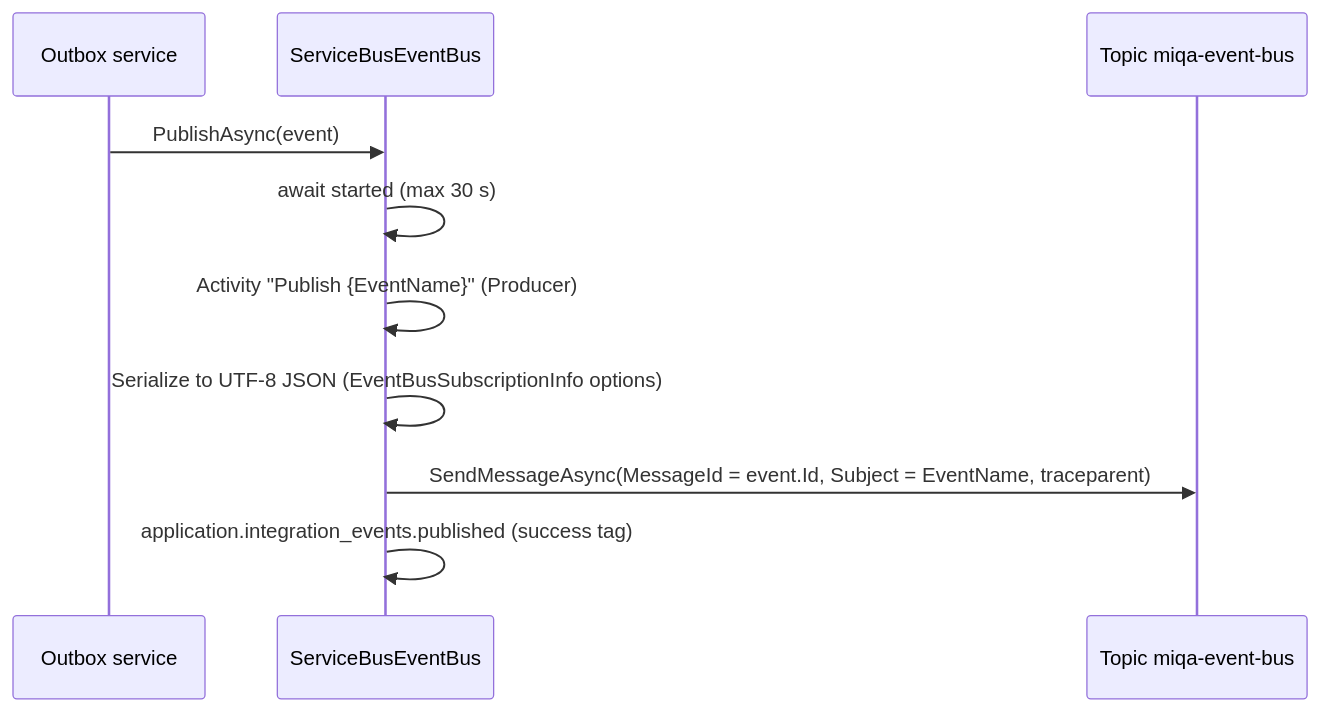
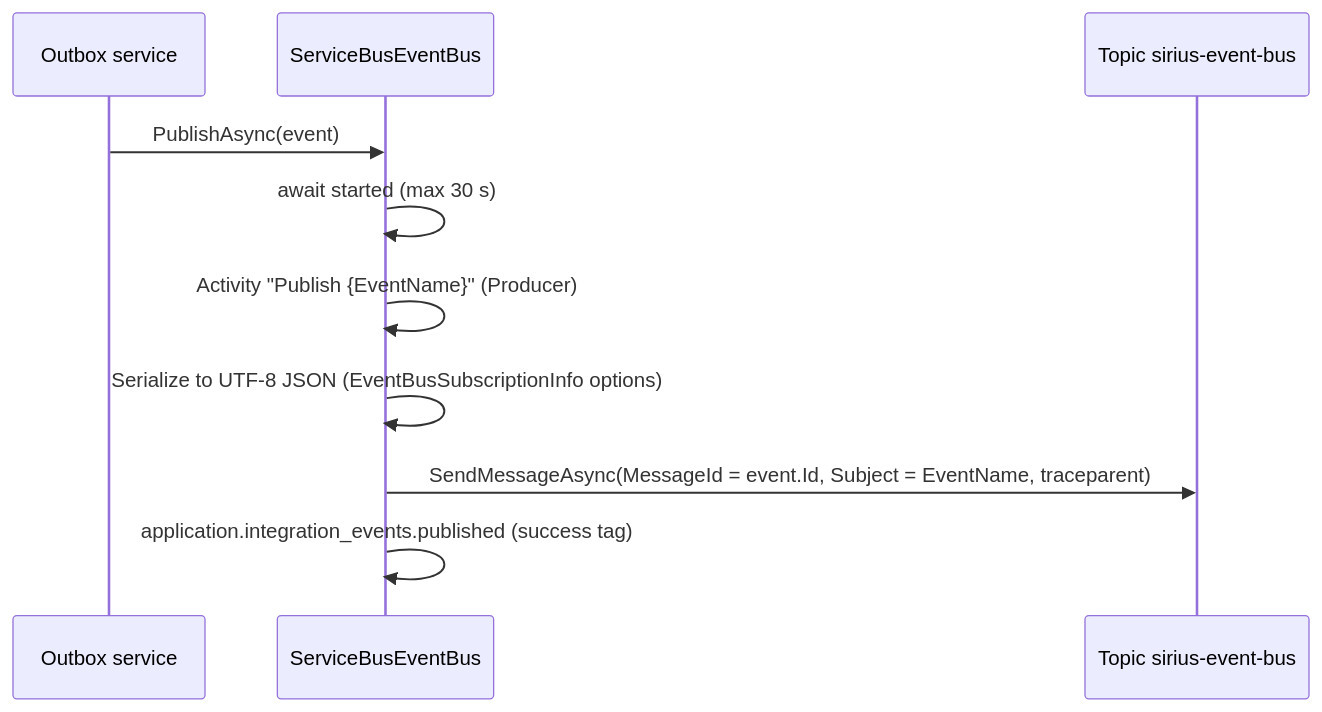
One commit to miquelalcaraz/Labs.ServicePlatform changed the third of 4 diagrams in docs/architecture/07-event-bus.md. Above: the diagram before and after it, drawn with Mermaid. The commit also changed other lines of this file and 1114 other files, not shown here.

Commit message:
refactor: rename namespaces from Miqa to Sirius

````diff
--- a/docs/architecture/07-event-bus.md
+++ b/docs/architecture/07-event-bus.md
@@ -112,13 +112,13 @@
 ```mermaid
 sequenceDiagram
     participant OB as Outbox service
     participant SB as ServiceBusEventBus
-    participant T as Topic miqa-event-bus
+    participant T as Topic sirius-event-bus
 
     OB->>SB: PublishAsync(event)
     SB->>SB: await started (max 30 s)
     SB->>SB: Activity "Publish {EventName}" (Producer)
     SB->>SB: Serialize to UTF-8 JSON (EventBusSubscriptionInfo options)
     SB->>T: SendMessageAsync(MessageId = event.Id, Subject = EventName, traceparent)
     SB->>SB: application.integration_events.published (success tag)
 ```
````
